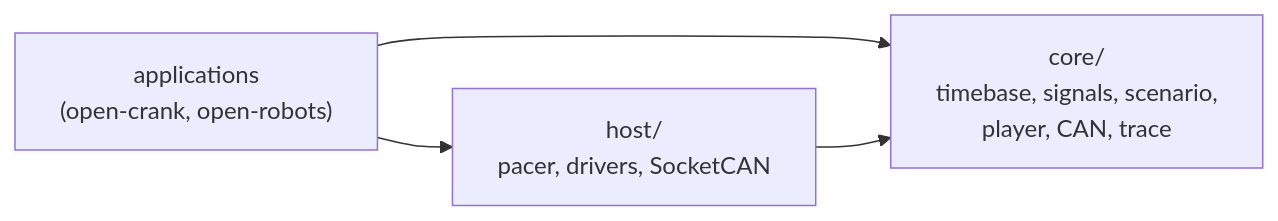
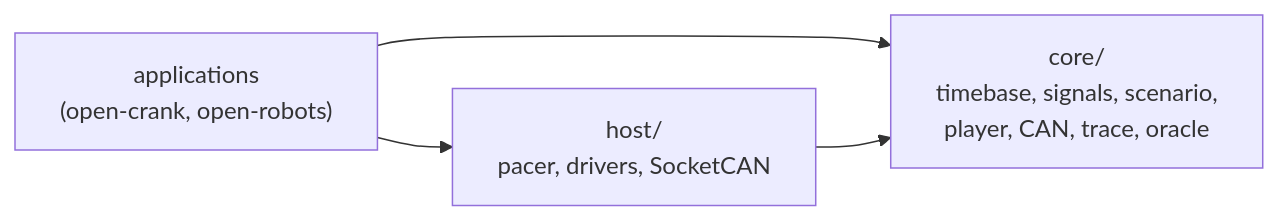
Before and after one commit to Open-Heavy-Machinery/open-tick: the diagram in ARCHITECTURE.md, drawn with Mermaid. The commit also changed other lines of this file and 12 other files, not shown here.

First line of the commit message:
feat: the acceptance oracle moves to core (v0.2.0)

````diff
--- a/ARCHITECTURE.md
+++ b/ARCHITECTURE.md
@@ -20,9 +20,9 @@
 ```mermaid
 flowchart LR
     A["applications<br/>(open-crank, open-robots)"]
     H["host/<br/>pacer, drivers, SocketCAN"]
-    C["core/<br/>timebase, signals, scenario,<br/>player, CAN, trace"]
+    C["core/<br/>timebase, signals, scenario,<br/>player, CAN, trace, oracle"]
     A --> H
     A --> C
     H --> C
 ```
````
